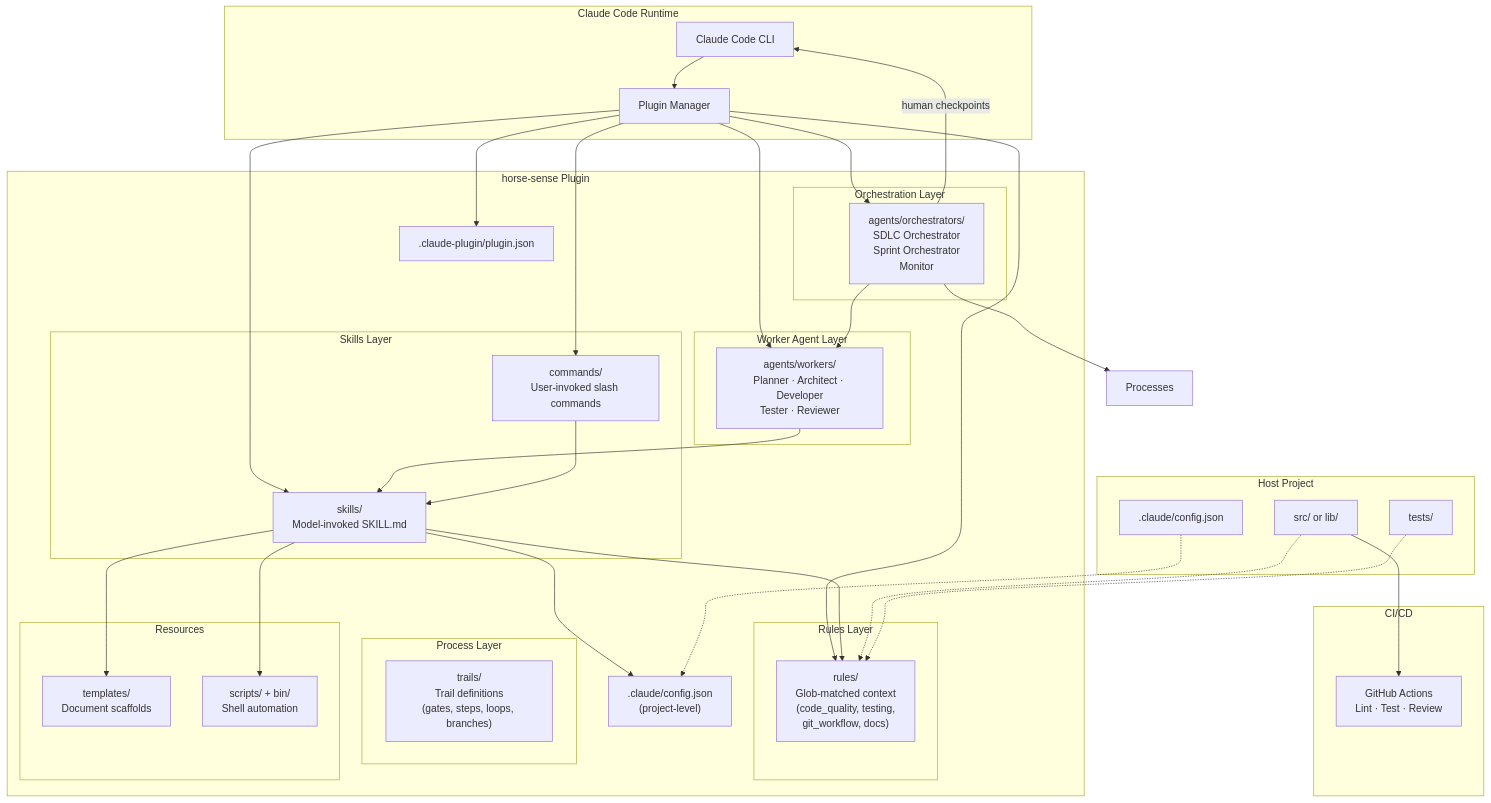
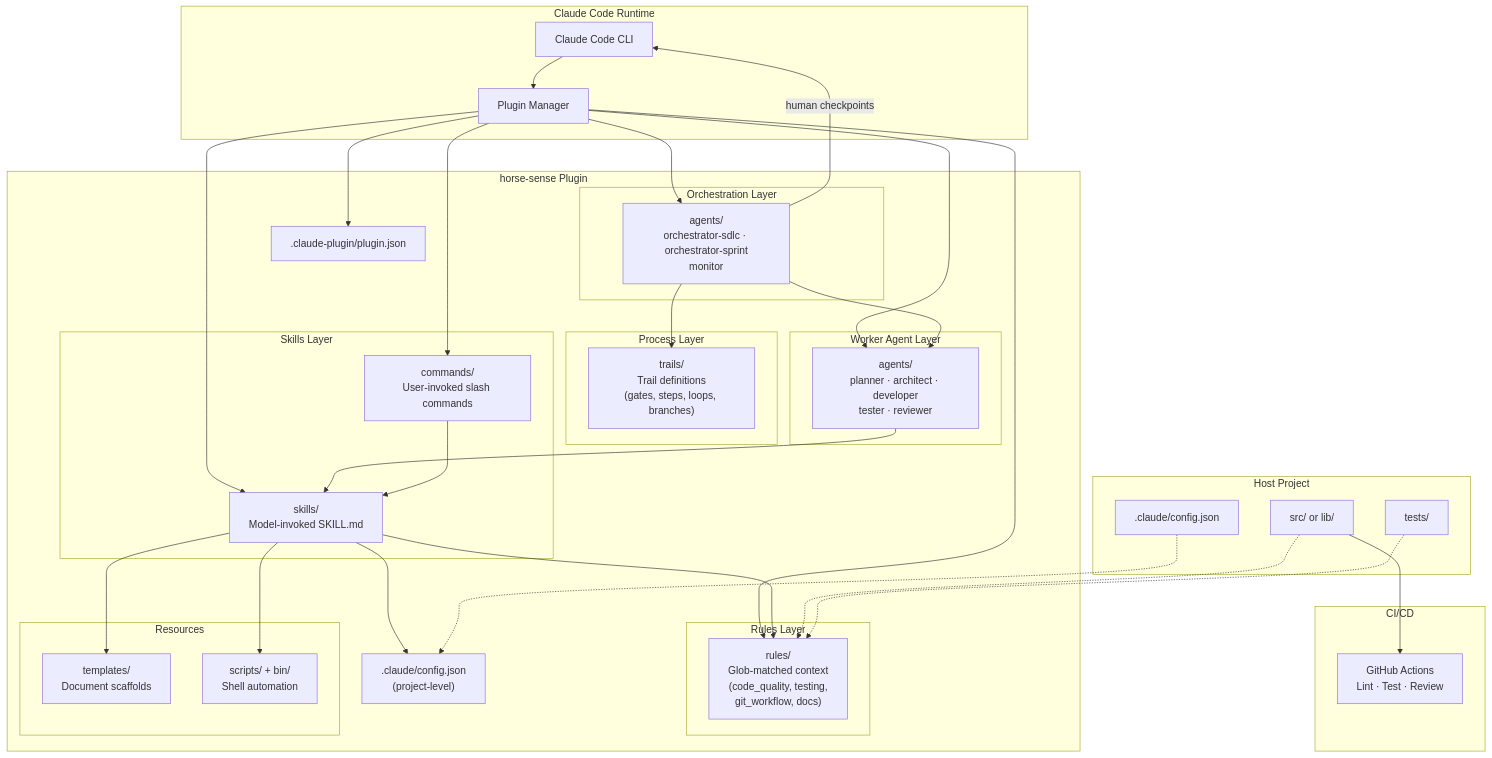
The first of 4 diagrams in docs/architecture/architecture_doc.md (edlovesjava/horse-sense), drawn with Mermaid before and after one commit. The commit also changed 3 other files, not shown here.

````diff
--- a/docs/architecture/architecture_doc.md
+++ b/docs/architecture/architecture_doc.md
@@ -59,71 +59,71 @@
 ```mermaid
 graph TD
     subgraph "Claude Code Runtime"
         CC[Claude Code CLI]
         PM[Plugin Manager]
     end
 
     subgraph "horse-sense Plugin"
         Manifest[".claude-plugin/plugin.json"]
         Config[".claude/config.json<br/>(project-level)"]
 
         subgraph "Process Layer"
             Trails["trails/<br/>Trail definitions<br/>(gates, steps, loops, branches)"]
         end
 
         subgraph "Orchestration Layer"
-            Orchestrators["agents/orchestrators/<br/>SDLC Orchestrator<br/>Sprint Orchestrator<br/>Monitor"]
+            Orchestrators["agents/<br/>orchestrator-sdlc · orchestrator-sprint<br/>monitor"]
         end
 
         subgraph "Worker Agent Layer"
-            Workers["agents/workers/<br/>Planner · Architect · Developer<br/>Tester · Reviewer"]
+            Workers["agents/<br/>planner · architect · developer<br/>tester · reviewer"]
         end
 
         subgraph "Skills Layer"
             SlashCmds["commands/<br/>User-invoked slash commands"]
             AgentSkills["skills/<br/>Model-invoked SKILL.md"]
         end
 
         subgraph "Rules Layer"
             Rules["rules/<br/>Glob-matched context<br/>(code_quality, testing,<br/>git_workflow, docs)"]
         end
 
         subgraph "Resources"
             Templates["templates/<br/>Document scaffolds"]
             Scripts["scripts/ + bin/<br/>Shell automation"]
         end
     end
 
     subgraph "Host Project"
         ProjectConfig[".claude/config.json"]
         ProjectCode["src/ or lib/"]
         ProjectTests["tests/"]
     end
 
     subgraph "CI/CD"
         GHA["GitHub Actions<br/>Lint · Test · Review"]
     end
 
     CC --> PM
     PM --> Manifest
     PM --> SlashCmds
     PM --> AgentSkills
     PM --> Orchestrators
     PM --> Workers
     PM --> Rules
 
-    Orchestrators --> Processes
+    Orchestrators --> Trails
     Orchestrators --> Workers
     Orchestrators -->|"human checkpoints"| CC
     Workers --> AgentSkills
     SlashCmds --> AgentSkills
     AgentSkills --> Rules
     AgentSkills --> Templates
     AgentSkills --> Scripts
     AgentSkills --> Config
 
     ProjectConfig -.-> Config
     ProjectCode -.-> Rules
     ProjectTests -.-> Rules
     ProjectCode --> GHA
 ```
````
